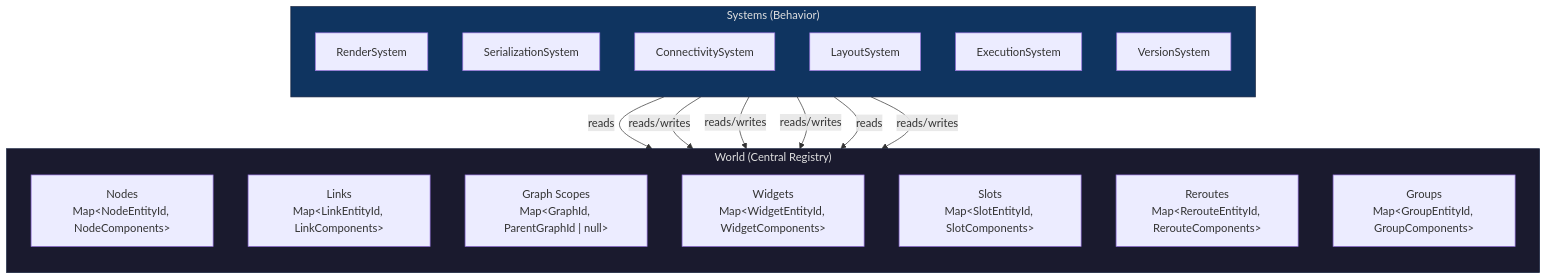
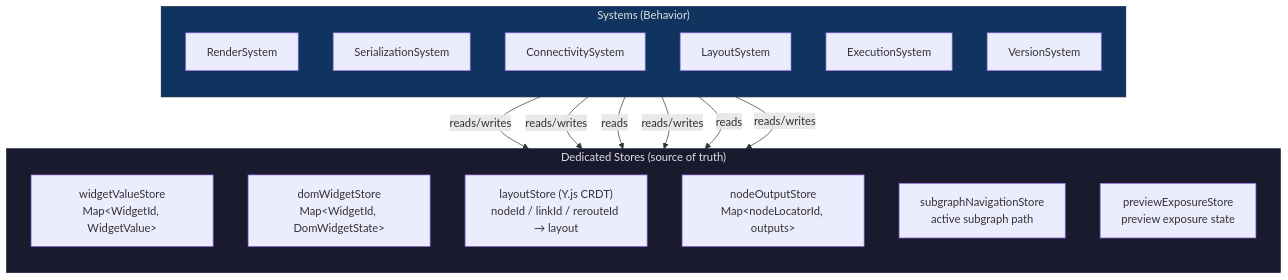
Before and after one commit to Comfy-Org/ComfyUI_frontend: the first of 12 diagrams in docs/architecture/ecs-target-architecture.md, drawn with Mermaid. The commit also changed other lines of this file and 12 other files, not shown here.

````diff
--- a/docs/architecture/ecs-target-architecture.md
+++ b/docs/architecture/ecs-target-architecture.md
@@ -11,40 +12,38 @@
 ```mermaid
 graph TD
-    subgraph World["World (Central Registry)"]
+    subgraph Stores["Dedicated Stores (source of truth)"]
         direction TB
-        NodeStore["Nodes
-Map&lt;NodeEntityId, NodeComponents&gt;"]
-        LinkStore["Links
-Map&lt;LinkEntityId, LinkComponents&gt;"]
-        ScopeRegistry["Graph Scopes
-Map&lt;GraphId, ParentGraphId | null&gt;"]
-        WidgetStore["Widgets
-Map&lt;WidgetEntityId, WidgetComponents&gt;"]
-        SlotStore["Slots
-Map&lt;SlotEntityId, SlotComponents&gt;"]
-        RerouteStore["Reroutes
-Map&lt;RerouteEntityId, RerouteComponents&gt;"]
-        GroupStore["Groups
-Map&lt;GroupEntityId, GroupComponents&gt;"]
+        WidgetValueStore["widgetValueStore
+Map&lt;WidgetId, WidgetValue&gt;"]
+        DomWidgetStore["domWidgetStore
+Map&lt;WidgetId, DomWidgetState&gt;"]
+        LayoutStore["layoutStore (Y.js CRDT)
+nodeId / linkId / rerouteId → layout"]
+        NodeOutputStore["nodeOutputStore
+Map&lt;nodeLocatorId, outputs&gt;"]
+        SubgraphNavStore["subgraphNavigationStore
+active subgraph path"]
+        PreviewExposureStore["previewExposureStore
+preview exposure state"]
     end
 
     subgraph Systems["Systems (Behavior)"]
         direction TB
         RS["RenderSystem"]
         SS["SerializationSystem"]
         CS["ConnectivitySystem"]
         LS["LayoutSystem"]
         ES["ExecutionSystem"]
         VS["VersionSystem"]
     end
 
-    RS -->|reads| World
-    SS -->|reads/writes| World
-    CS -->|reads/writes| World
-    LS -->|reads/writes| World
-    ES -->|reads| World
-    VS -->|reads/writes| World
+    RS -->|reads| Stores
+    SS -->|reads/writes| Stores
+    CS -->|reads/writes| LayoutStore
+    LS -->|reads/writes| LayoutStore
+    ES -->|reads| NodeOutputStore
+    VS -->|reads/writes| LayoutStore
 
-    style World fill:#1a1a2e,stroke:#16213e,color:#e0e0e0
+    style Stores fill:#1a1a2e,stroke:#16213e,color:#e0e0e0
     style Systems fill:#0f3460,stroke:#16213e,color:#e0e0e0
 ```
````
